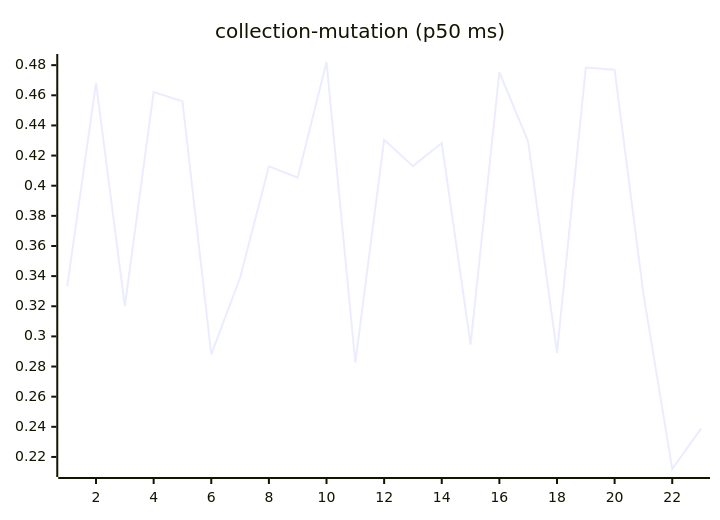
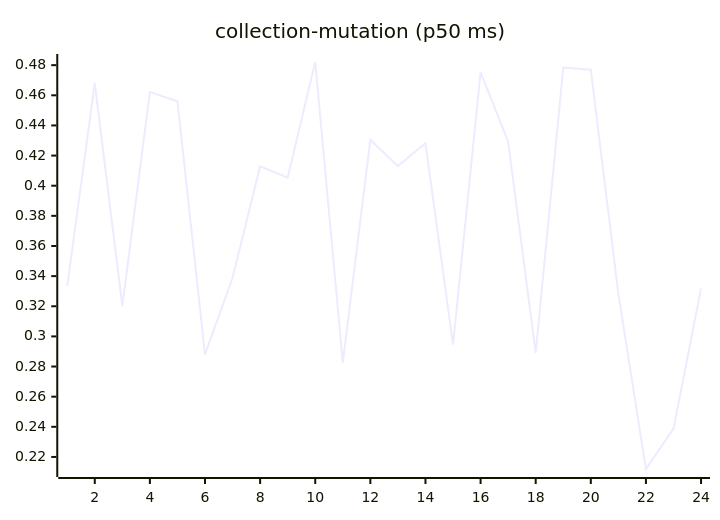
The sixth of 27 diagrams in README.md (josha/Facet), drawn with Mermaid before and after one commit. The commit also changed other lines of this file and 2 other files, not shown here.

````diff
--- a/README.md
+++ b/README.md
@@ -98,6 +98,6 @@
 ```mermaid
 xychart-beta
     title "collection-mutation (p50 ms)"
-    x-axis 1 --> 23
-    line [0.3332, 0.4681, 0.3201, 0.4622, 0.4560, 0.2881, 0.3389, 0.4129, 0.4054, 0.4821, 0.2826, 0.4305, 0.4130, 0.4283, 0.2946, 0.4753, 0.4292, 0.2890, 0.4784, 0.4770, 0.3282, 0.2120, 0.2388]
+    x-axis 1 --> 24
+    line [0.3332, 0.4681, 0.3201, 0.4622, 0.4560, 0.2881, 0.3389, 0.4129, 0.4054, 0.4821, 0.2826, 0.4305, 0.4130, 0.4283, 0.2946, 0.4753, 0.4292, 0.2890, 0.4784, 0.4770, 0.3282, 0.2120, 0.2388, 0.3318]
 ```
````
